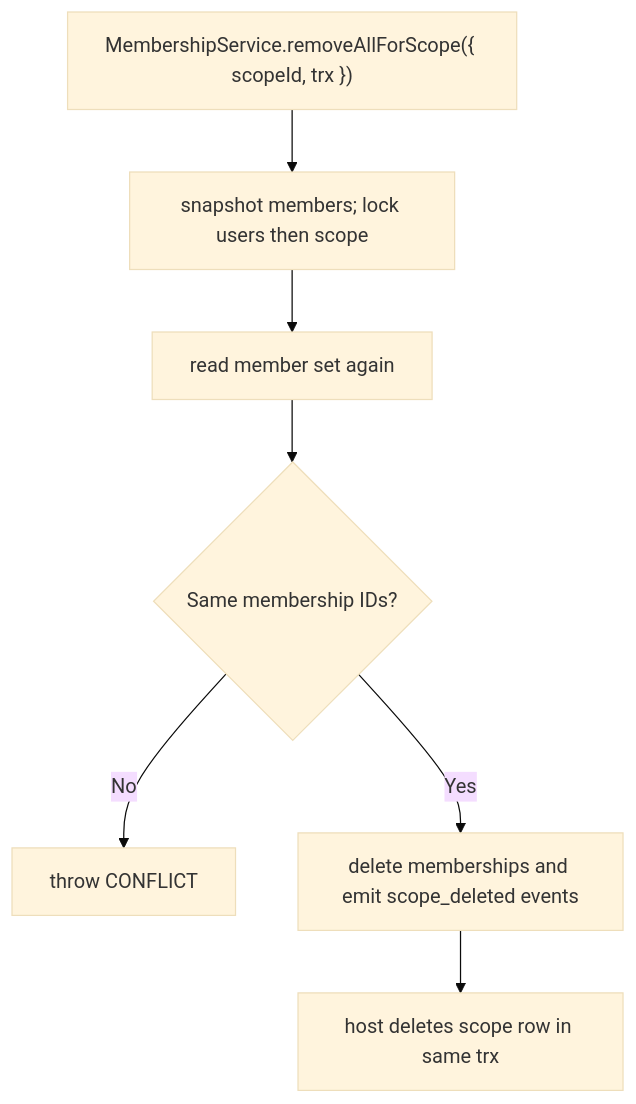
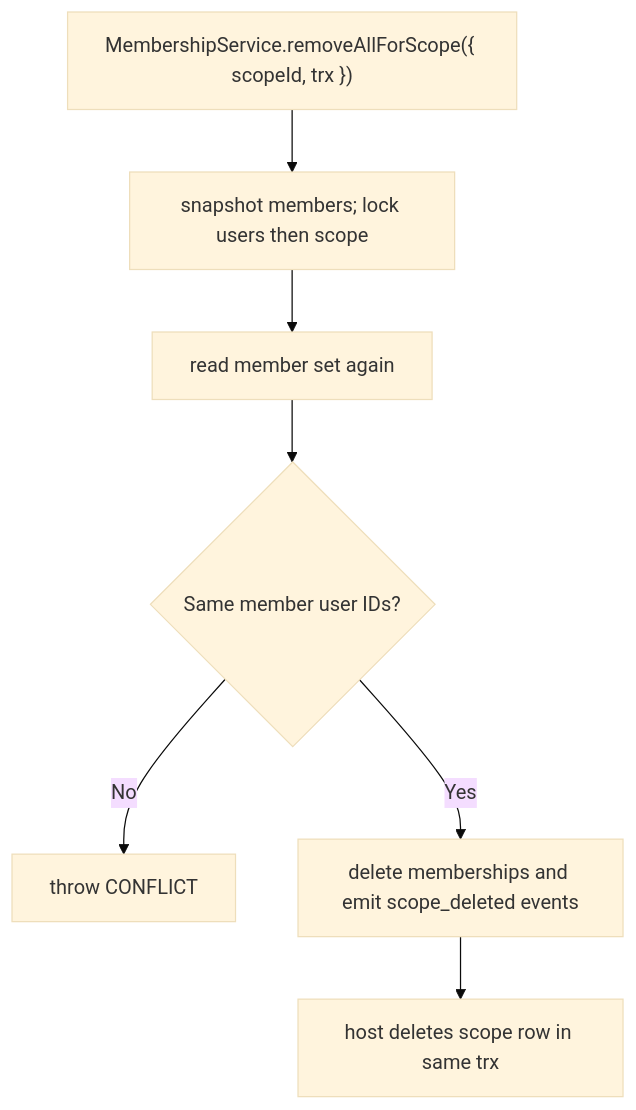
One commit to Kevinjohn/oss-adonisjs-access-control changed the second of 2 diagrams in user-stories/US-ACCESS-25-delete-scope-memberships.md. Above: the diagram before and after it, drawn with Mermaid (base theme). The commit also changed 19 other files, not shown here.

````diff
--- a/user-stories/US-ACCESS-25-delete-scope-memberships.md
+++ b/user-stories/US-ACCESS-25-delete-scope-memberships.md
@@ -32,9 +32,9 @@
 ```mermaid
 flowchart TD
     A["MembershipService.removeAllForScope({ scopeId, trx })"] --> B["snapshot members; lock users then scope"]
     B --> C["read member set again"]
-    C --> D{"Same membership IDs?"}
+    C --> D{"Same member user IDs?"}
     D -->|No| E["throw CONFLICT"]
     D -->|Yes| F["delete memberships and emit scope_deleted events"]
     F --> G["host deletes scope row in same trx"]
 ```
````
